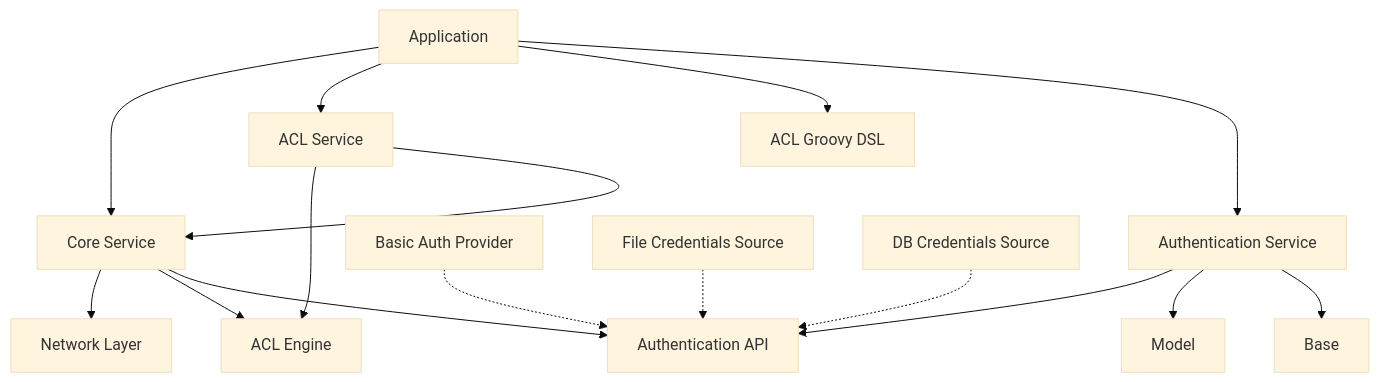
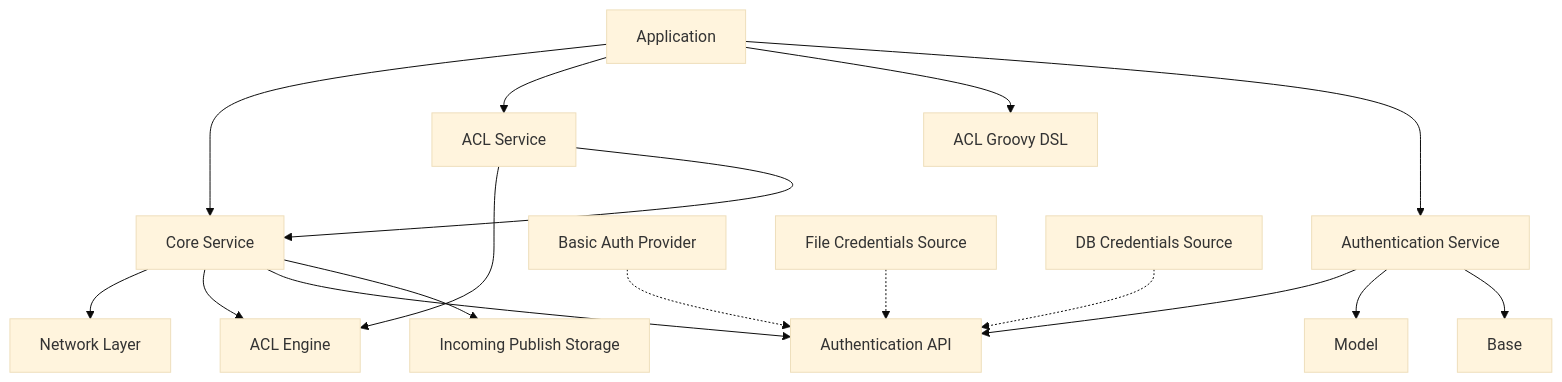
Diagram 11 of 16 in DIAGRAMS.md (JavaSaBr/mqtt-broker), drawn with Mermaid (base theme) before and after one commit. The commit also changed other lines of this file, not shown here.

Commit message:
More diagrams

````diff
--- a/DIAGRAMS.md
+++ b/DIAGRAMS.md
@@ -196,22 +196,23 @@
 ```mermaid
 graph TD
     App[Application] --> Core[Core Service]
     App --> ACLS[ACL Service]
     App --> ACLG[ACL Groovy DSL]
     App --> AuthS[Authentication Service]
 
     Core --> Net[Network Layer]
     Core --> ACLE[ACL Engine]
     Core --> AuthA[Authentication API]
+    Core --> IPS[Incoming Publish Storage]
 
     ACLS --> ACLE
     ACLS --> Core
 
     AuthS --> AuthA
     AuthS --> Model[Model]
     AuthS --> Base[Base]
 
     BAP[Basic Auth Provider] -.-> AuthA
     FCS[File Credentials Source] -.-> AuthA
     DBCS[DB Credentials Source] -.-> AuthA
 ```
````
